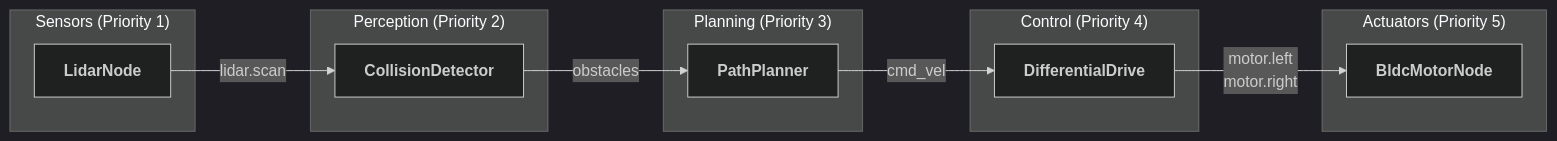
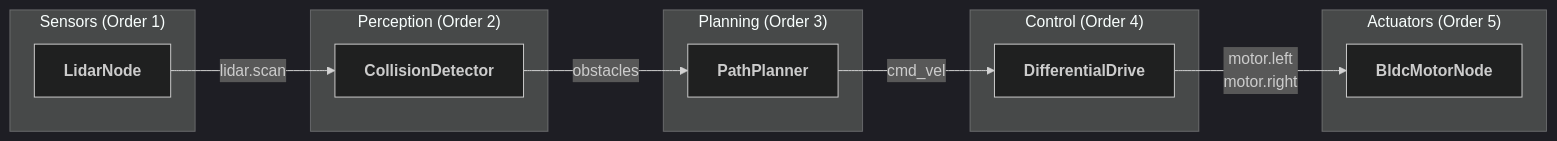
Before and after one commit to softmata/horus: the diagram in README.md, drawn with Mermaid (dark theme). The commit also changed other lines of this file and 6 other files, not shown here.

````diff
--- a/README.md
+++ b/README.md
@@ -66,27 +61,27 @@
 ```mermaid
 flowchart LR
-    subgraph SENSORS["Sensors (Priority 1)"]
+    subgraph SENSORS["Sensors (Order 1)"]
         LIDAR["<b>LidarNode</b>"]
     end
 
-    subgraph PERCEPTION["Perception (Priority 2)"]
+    subgraph PERCEPTION["Perception (Order 2)"]
         COLLISION["<b>CollisionDetector</b>"]
     end
 
-    subgraph PLANNING["Planning (Priority 3)"]
+    subgraph PLANNING["Planning (Order 3)"]
         PATH["<b>PathPlanner</b>"]
     end
 
-    subgraph CONTROL["Control (Priority 4)"]
+    subgraph CONTROL["Control (Order 4)"]
         DRIVE["<b>DifferentialDrive</b>"]
     end
 
-    subgraph ACTUATORS["Actuators (Priority 5)"]
+    subgraph ACTUATORS["Actuators (Order 5)"]
         BLDC["<b>BldcMotorNode</b>"]
     end
 
     LIDAR -->|"lidar.scan"| COLLISION
     COLLISION -->|"obstacles"| PATH
     PATH -->|"cmd_vel"| DRIVE
     DRIVE -->|"motor.left<br/>motor.right"| BLDC
 ```
````
